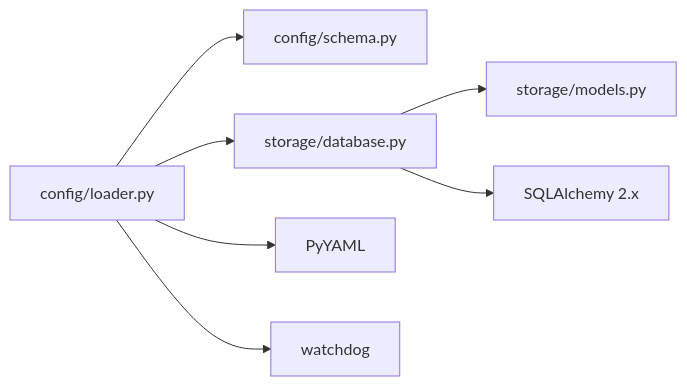
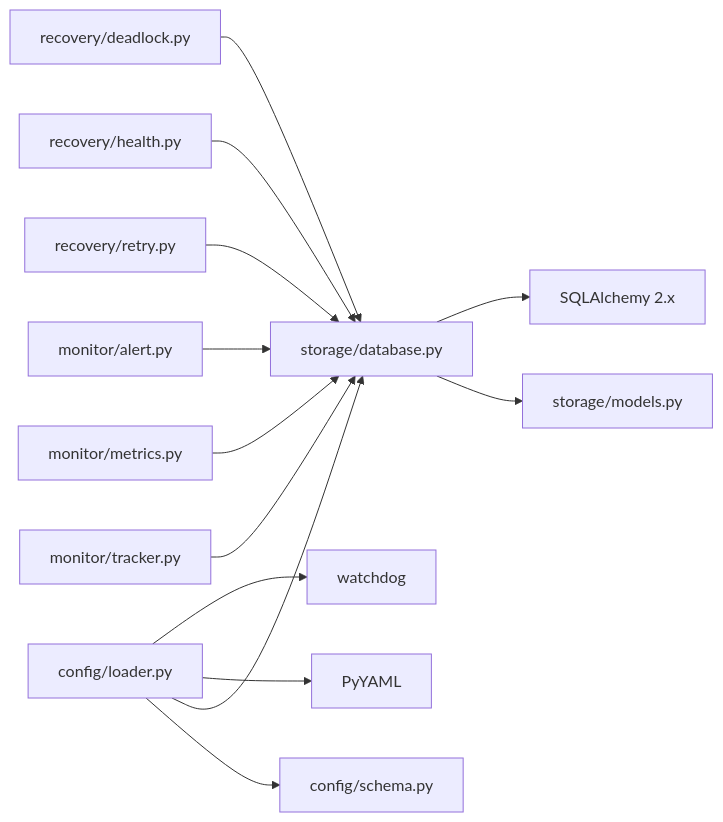
The sixth of 6 diagrams in .qoder/repowiki/zh/content/数据存储系统/数据存储系统.md (eden2f/cron-copilot), drawn with Mermaid before and after one commit. The commit also changed other lines of this file and 21 other files, not shown here.

````diff
--- a/.qoder/repowiki/zh/content/数据存储系统/数据存储系统.md
+++ b/.qoder/repowiki/zh/content/数据存储系统/数据存储系统.md
@@ -383,9 +477,15 @@
 ```mermaid
 graph LR
 LDR["config/loader.py"] --> SCH["config/schema.py"]
 LDR --> DBM["storage/database.py"]
 DBM --> MOD["storage/models.py"]
 DBM --> SQL["SQLAlchemy 2.x"]
 LDR --> YML["PyYAML"]
 LDR --> WDG["watchdog"]
+TRK["monitor/tracker.py"] --> DBM
+MET["monitor/metrics.py"] --> DBM
+ALM["monitor/alert.py"] --> DBM
+RMT["recovery/retry.py"] --> DBM
+HCK["recovery/health.py"] --> DBM
+DDL["recovery/deadlock.py"] --> DBM
 ```
````
